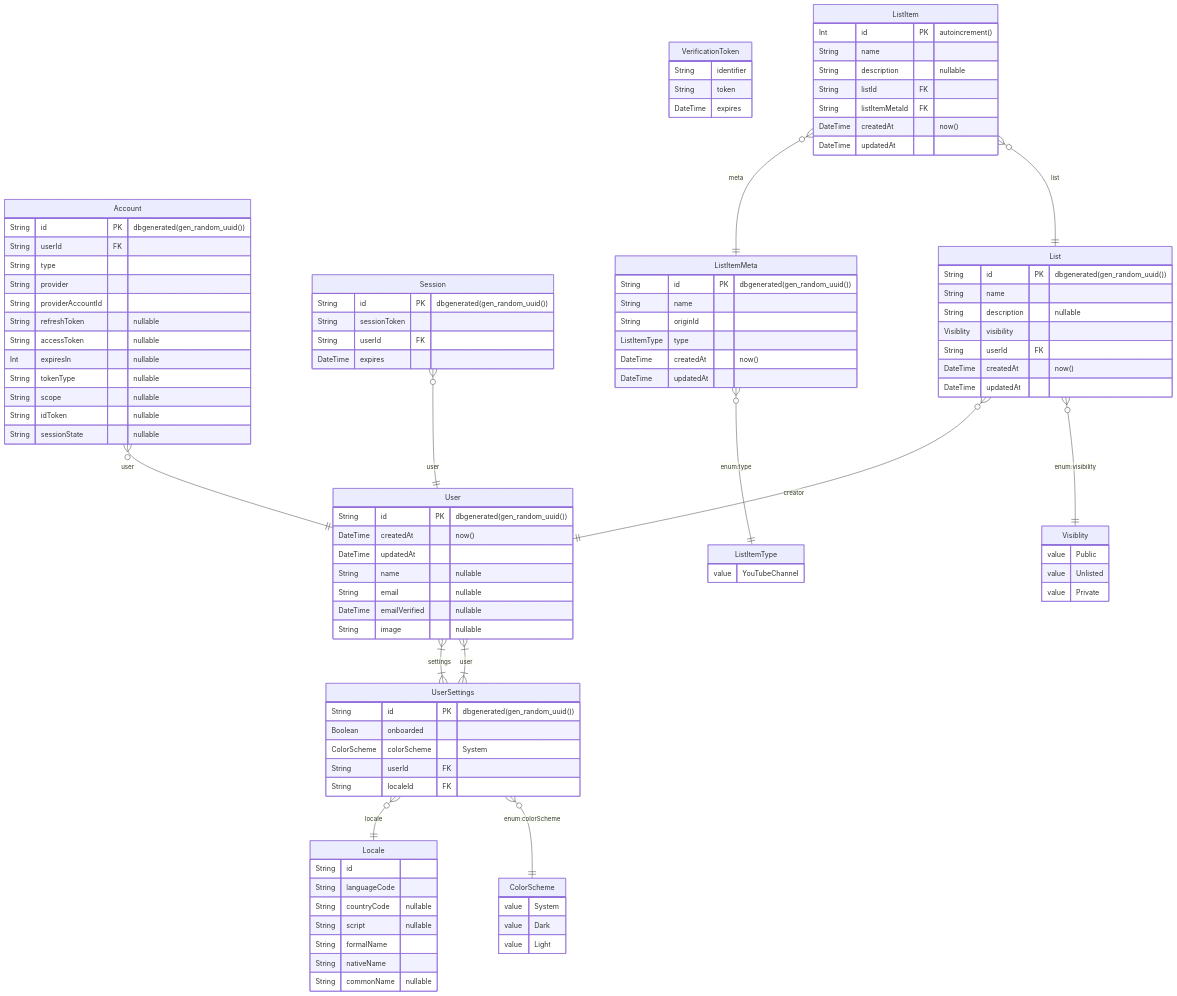
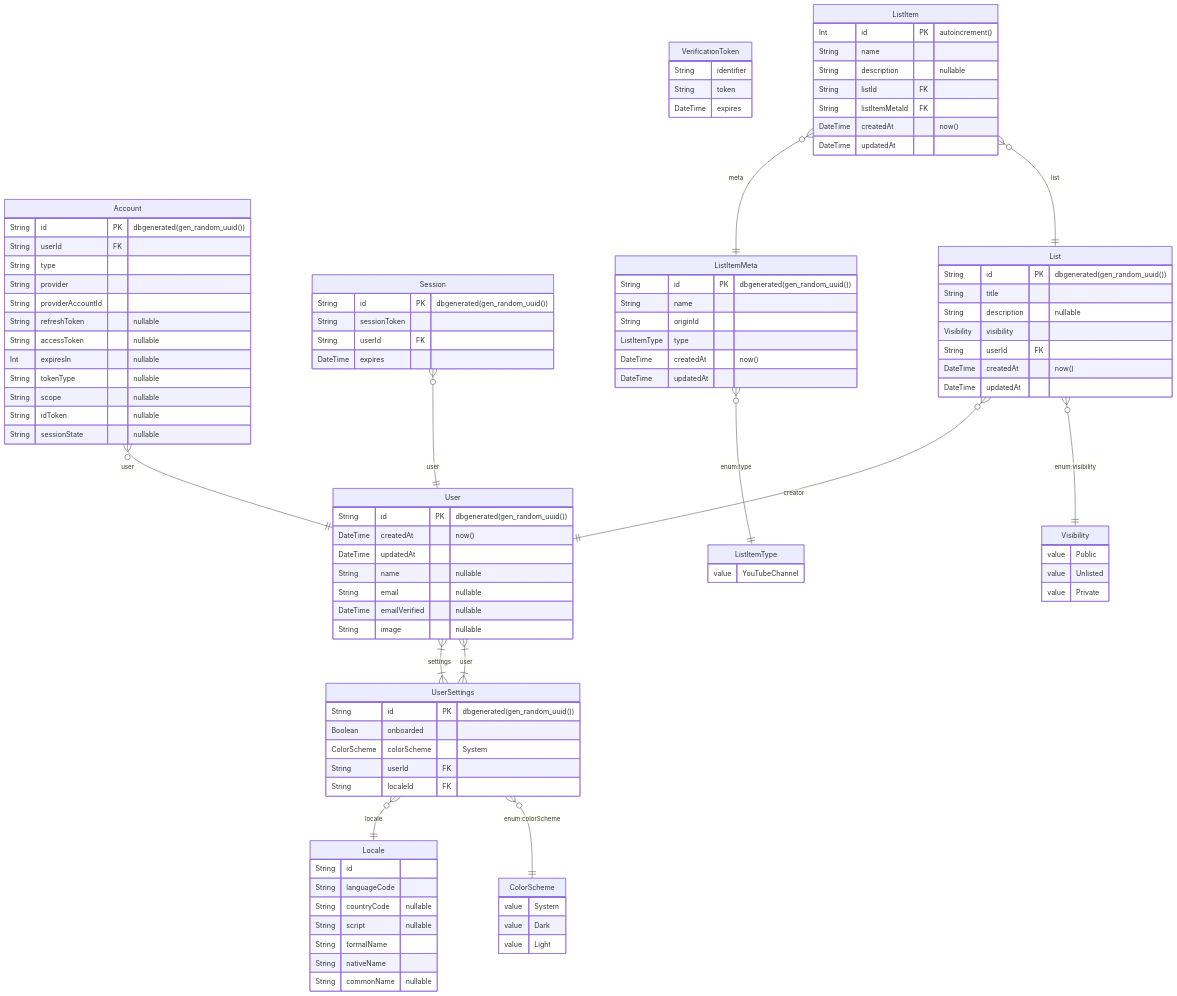
Before and after one commit to CodingGarden/listd: the diagram in prisma/ERD.md, drawn with Mermaid. The commit also changed 24 other files, not shown here.

```diff
--- a/prisma/ERD.md
+++ b/prisma/ERD.md
@@ -5,7 +5,7 @@
 		value Dark
 		value Light
 	}
-	Visiblity {
+	Visibility {
 		value Public
 		value Unlisted
 		value Private
@@ -65,9 +65,9 @@
 	}
 	List {
 		String id PK  "dbgenerated(gen_random_uuid())"
-		String name
+		String title
 		String description  "nullable"
-		Visiblity visibility
+		Visibility visibility
 		String userId FK
 		DateTime createdAt  "now()"
 		DateTime updatedAt
@@ -96,7 +96,7 @@
 	Account }o--|| User : user
 	Session }o--|| User : user
 	List }o--|| User : creator
-	List }o--|| Visiblity : "enum:visibility"
+	List }o--|| Visibility : "enum:visibility"
 	ListItem }o--|| ListItemMeta : meta
 	ListItem }o--|| List : list
 	ListItemMeta }o--|| ListItemType : "enum:type"
```
